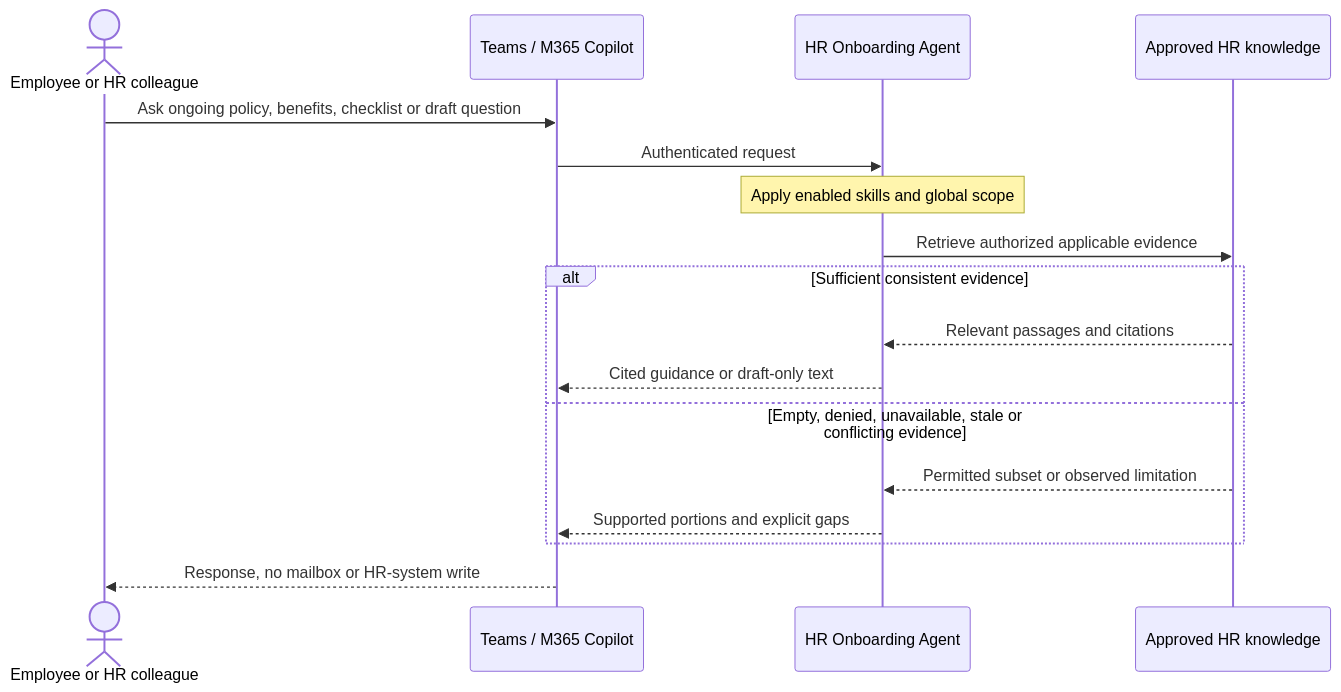
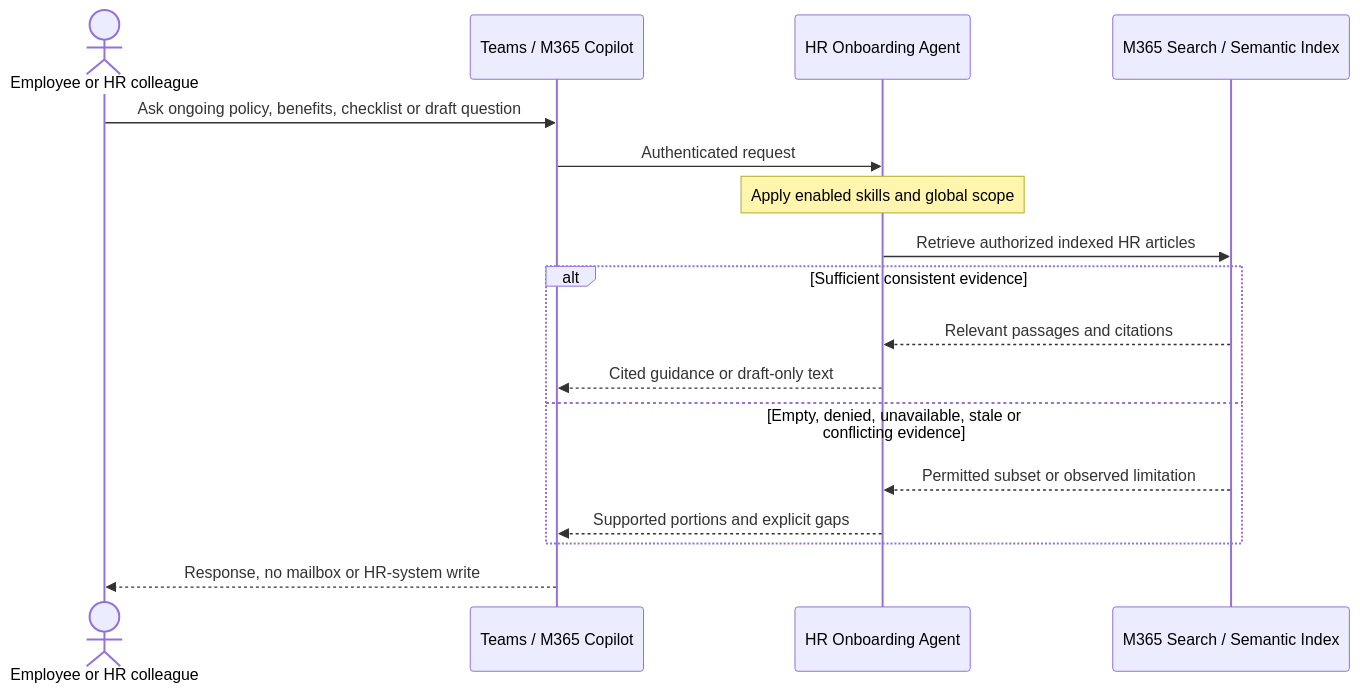
One commit to petepuu/ai-agent-runbooks changed the second of 3 diagrams in 01-scenarios/HR-Onboarding-Agent-GHCP/2.Architecture.md. Above: the diagram before and after it, drawn with Mermaid. The commit also changed other lines of this file and 3 other files, not shown here.

First line of the commit message:
Simplify HR architecture and clarify indexed knowledge retrieval

````diff
--- a/01-scenarios/HR-Onboarding-Agent-GHCP/2.Architecture.md
+++ b/01-scenarios/HR-Onboarding-Agent-GHCP/2.Architecture.md
@@ -109,19 +105,19 @@
 ```mermaid
 sequenceDiagram
     actor User as Employee or HR colleague
     participant Channel as Teams / M365 Copilot
     participant Agent as HR Onboarding Agent
-    participant KB as Approved HR knowledge
+    participant KB as M365 Search / Semantic Index
     User->>Channel: Ask ongoing policy, benefits, checklist or draft question
     Channel->>Agent: Authenticated request
     Note over Agent: Apply enabled skills and global scope
-    Agent->>KB: Retrieve authorized applicable evidence
+    Agent->>KB: Retrieve authorized indexed HR articles
     alt Sufficient consistent evidence
         KB-->>Agent: Relevant passages and citations
         Agent-->>Channel: Cited guidance or draft-only text
     else Empty, denied, unavailable, stale or conflicting evidence
         KB-->>Agent: Permitted subset or observed limitation
         Agent-->>Channel: Supported portions and explicit gaps
     end
     Channel-->>User: Response, no mailbox or HR-system write
 ```
````
